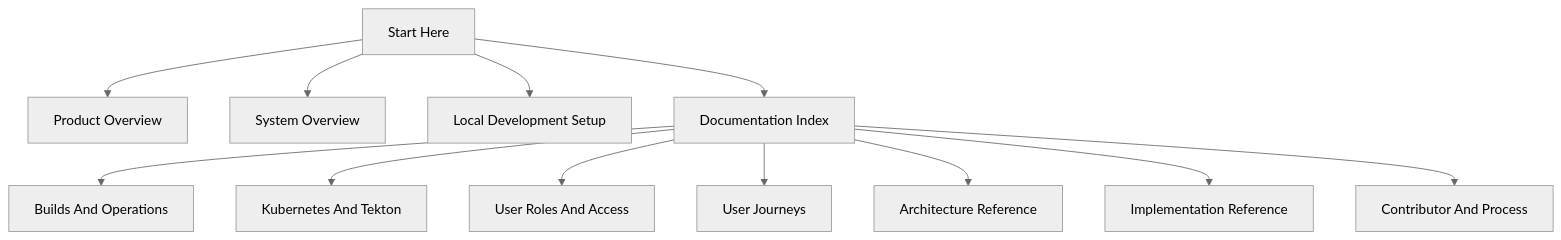
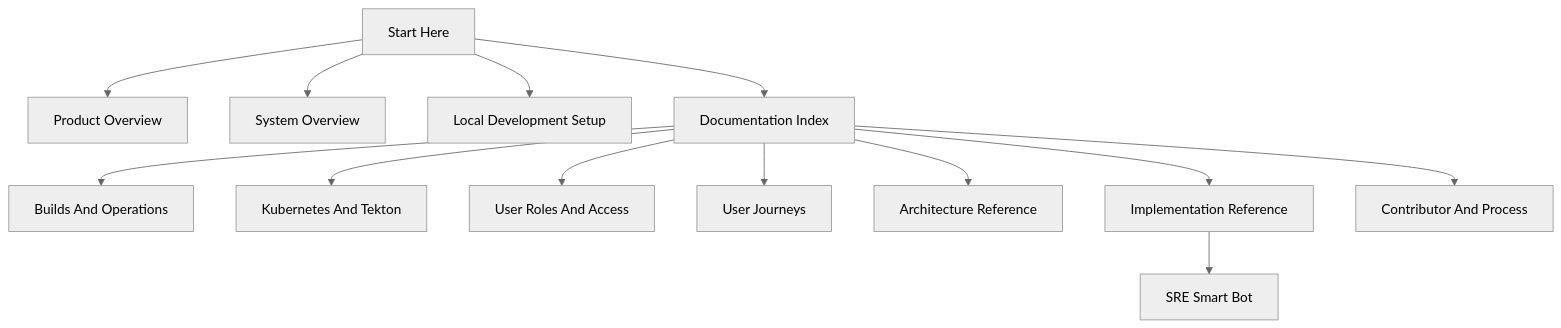
Before and after one commit to imagefactoryoss/imagefactory: the diagram in docs/README.md, drawn with Mermaid (neutral theme). The commit also changed other lines of this file and 1 other file, not shown here.

Commit message:
docs: surface SRE smart bot in docs entrypoints

````diff
--- a/docs/README.md
+++ b/docs/README.md
@@ -17,14 +17,15 @@
 ```mermaid
 flowchart TD
     A[Start Here] --> B[Product Overview]
     A --> C[System Overview]
     A --> D[Local Development Setup]
     A --> E[Documentation Index]
     E --> F[Builds And Operations]
     E --> G[Kubernetes And Tekton]
     E --> H[User Roles And Access]
     E --> I[User Journeys]
     E --> J[Architecture Reference]
     E --> K[Implementation Reference]
+    K --> K1[SRE Smart Bot]
     E --> L[Contributor And Process]
 ```
````
